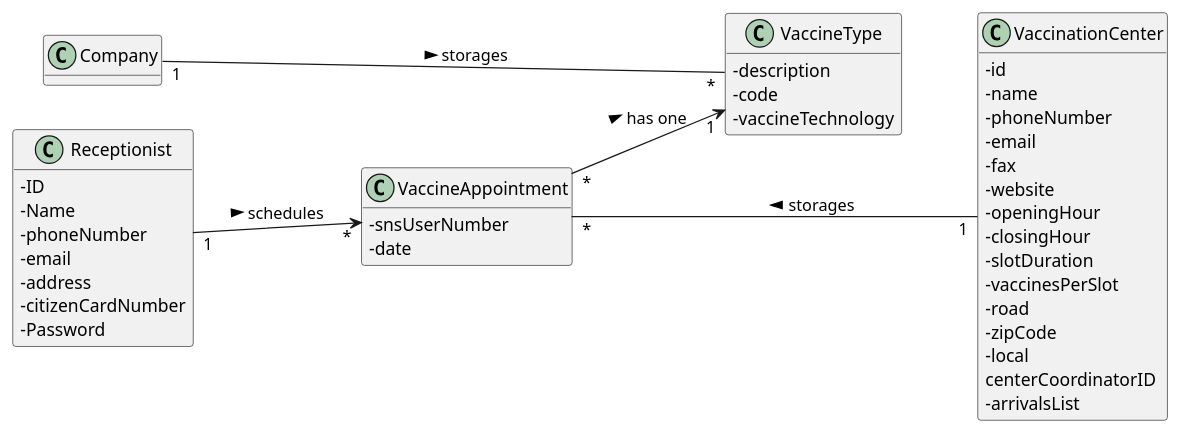
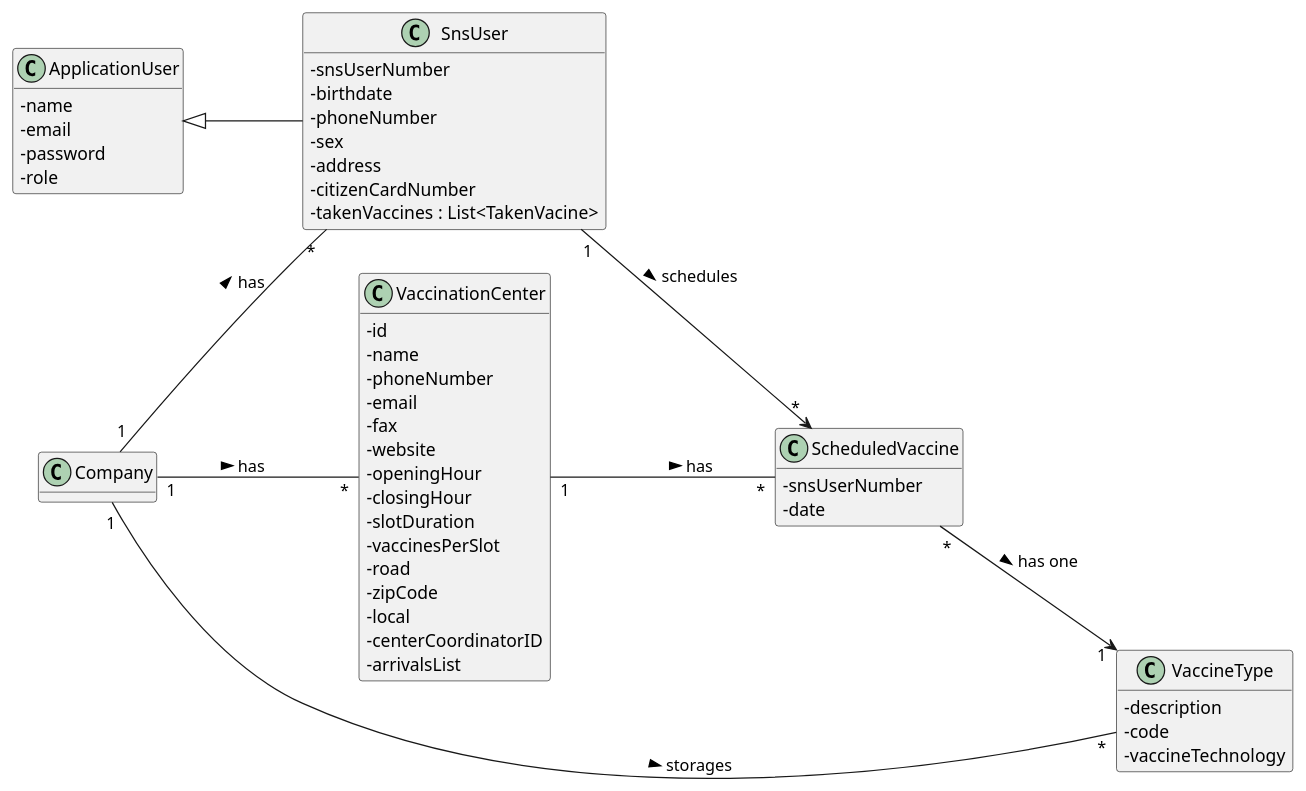
One commit to Pirussa/lei-22-s2-1da-g02 changed the diagram in docs/SprintC/US002/US002_DM.puml. Above: the diagram before and after it, drawn with PlantUML. The commit also changed 12 other files, not shown here.

```diff
--- a/docs/SprintC/US002/US002_DM.puml
+++ b/docs/SprintC/US002/US002_DM.puml
@@ -1,56 +1,69 @@
   @startuml
 
 hide methods
 left to right direction
 skinparam classAttributeIconSize 0
 
 
-class Receptionist {
--ID
--Name
+class SnsUser {
+-snsUserNumber
+-birthdate
 -phoneNumber
--email
+-sex
 -address
 -citizenCardNumber
--Password
+-takenVaccines : List<TakenVacine>
 }
+
+
 
 class VaccineType{
 -description
 -code
 -vaccineTechnology
 }
 
+class ApplicationUser {
+    -name
+    -email
+    -password
+    -role
+}
 
-class VaccineAppointment {
+class ScheduledVaccine {
 -snsUserNumber
 -date
 }
 
 class VaccinationCenter {
 -id
 -name
 -phoneNumber
 -email
 -fax
 -website
 -openingHour
 -closingHour
 -slotDuration
 -vaccinesPerSlot
 -road
 -zipCode
 -local
-centerCoordinatorID
+-centerCoordinatorID
 -arrivalsList
 }
 
-Receptionist "1" --> "*" VaccineAppointment: schedules >
+SnsUser "1" --> "*" ScheduledVaccine: schedules >
 
-VaccineAppointment "*" --> "1" VaccineType: has one  >
+ApplicationUser  <|-- SnsUser
+
+ScheduledVaccine "*" --> "1" VaccineType: has one  >
 
 Company "1" --- "*" VaccineType : storages >
 
-VaccinationCenter "1" --UP- "*" VaccineAppointment : storages >
+Company "1" -- "*" SnsUser : has >
 
+Company "1" -- "*" VaccinationCenter : has >
+
+VaccinationCenter "1" -- "*" ScheduledVaccine : has >
 @enduml
```
